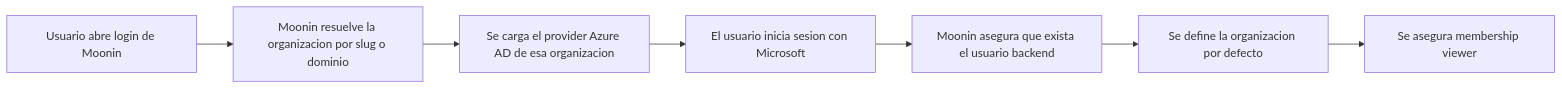
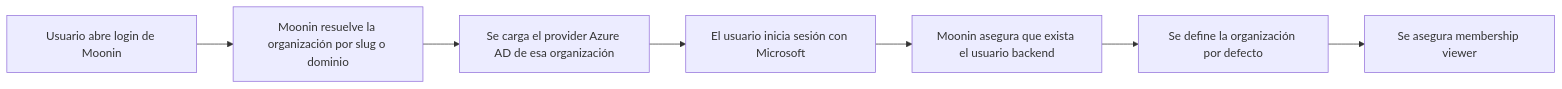
The diagram in src/content/docs/es/integrations/azure-ad.md (Moonin-Lab/Moonin-Docs), drawn with Mermaid before and after one commit. The commit also changed other lines of this file and 84 other files, not shown here.

````diff
--- a/src/content/docs/es/integrations/azure-ad.md
+++ b/src/content/docs/es/integrations/azure-ad.md
@@ -47,12 +47,12 @@
 ```mermaid
 flowchart LR
     A[Usuario abre login de Moonin]
-    B[Moonin resuelve la organizacion por slug o dominio]
-    C[Se carga el provider Azure AD de esa organizacion]
-    D[El usuario inicia sesion con Microsoft]
+    B[Moonin resuelve la organización por slug o dominio]
+    C[Se carga el provider Azure AD de esa organización]
+    D[El usuario inicia sesión con Microsoft]
     E[Moonin asegura que exista el usuario backend]
-    F[Se define la organizacion por defecto]
+    F[Se define la organización por defecto]
     G[Se asegura membership viewer]
 
     A --> B --> C --> D --> E --> F --> G
 ```
````
